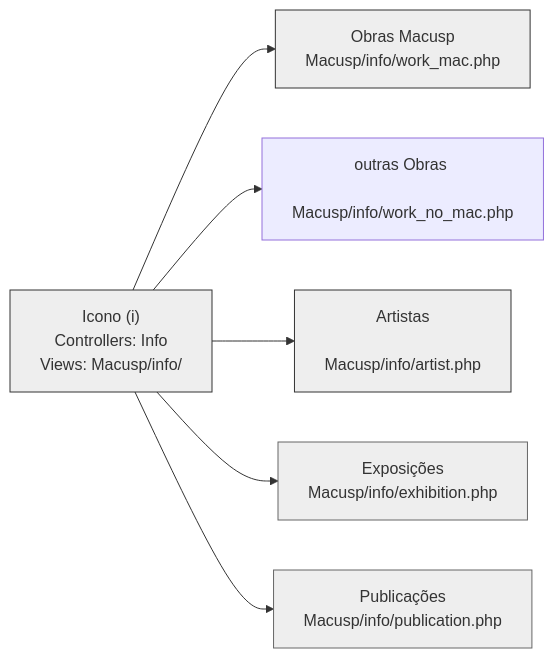
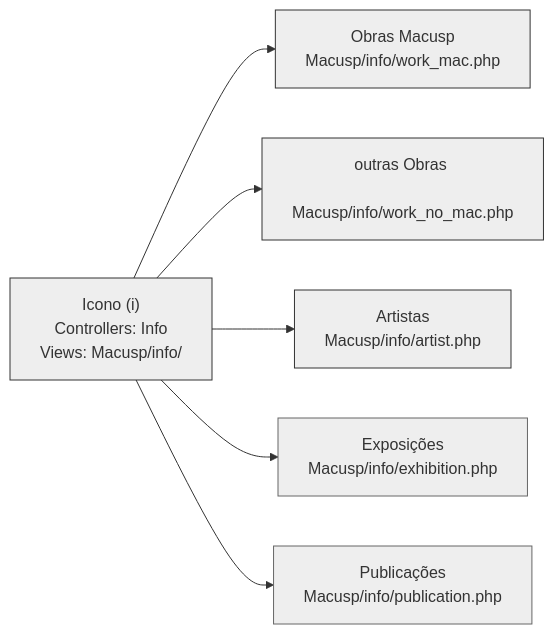
The second of 2 diagrams in README.md (reynaldocv/macusp), drawn with Mermaid before and after one commit. The commit also changed other lines of this file, not shown here.

````diff
--- a/README.md
+++ b/README.md
@@ -293,26 +293,27 @@
 ```mermaid
 graph LR
     %% Parte superior e inferior del primer puesto
     iconoI[" Icono (i)   <br> Controllers: Info <br> Views:  Macusp/info/"]
     obras[" Obras Macusp <br> Macusp/info/work_mac.php"]
     obrasN[" outras Obras <br> Macusp/info/work_no_mac.php"]
-    artistas[" Artistas <br> <br>Macusp/info/artist.php"]
+    artistas[" Artistas <br> Macusp/info/artist.php"]
     exposicoes[" Exposições <br> Macusp/info/exhibition.php"]
     publicacoes[" Publicações <br> Macusp/info/publication.php"]
     
     %% Conexión del organigrama (une la parte inferior de uno con la superior del otro)
     iconoI --> obras
     iconoI --> obrasN
     iconoI --> artistas
     iconoI --> exposicoes
     iconoI --> publicacoes
     
 
     %% Estilos para que parezcan una sola pieza
     style iconoI fill:#eee,stroke:#333
     style obras fill:#eee,stroke:#333
+    style obrasN fill:#eee,stroke:#333
     style artistas fill:#eee,stroke:#333
     style exposicoes fill:#eee,stroke:#666
     style publicacoes fill:#eee,stroke:#666
 
 ```
````
